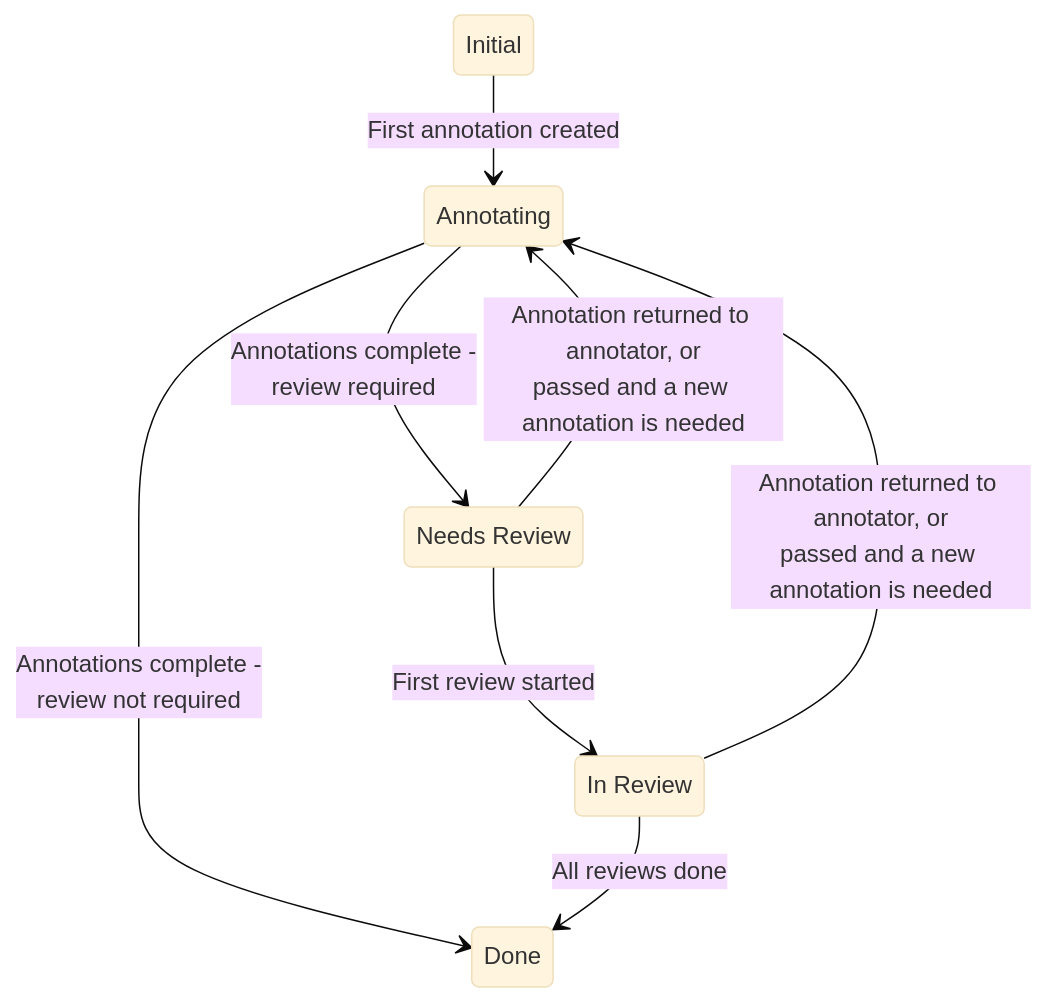
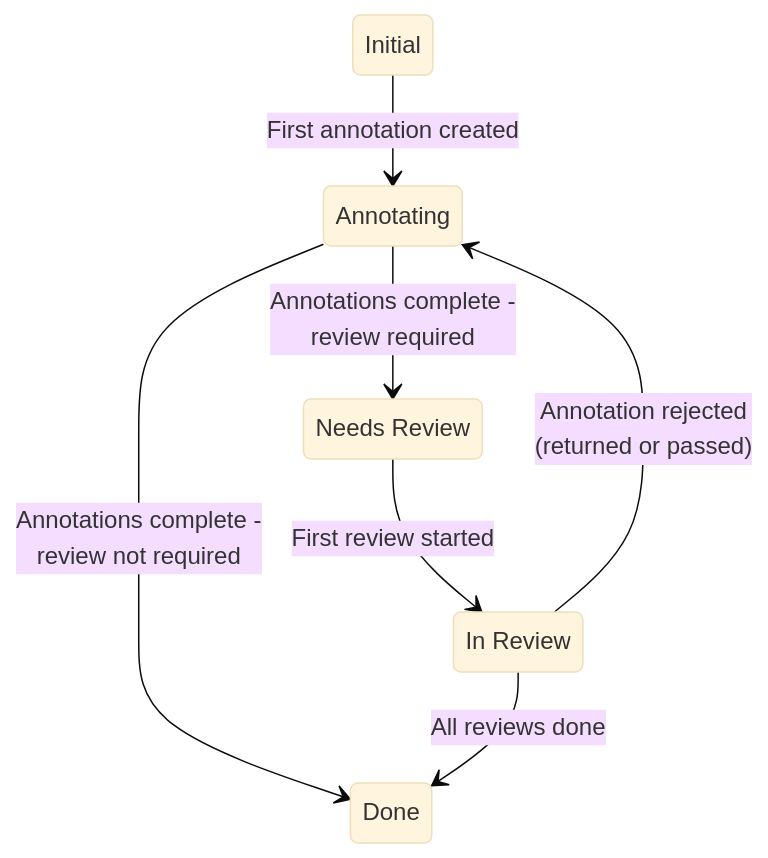
One commit to HumanSignal/label-studio changed the second of 2 diagrams in docs/source/guide/project_states.md. Above: the diagram before and after it, drawn with Mermaid (base theme). The commit also changed other lines of this file and 1 other file, not shown here.

Commit message:
docs: UTC-1178: Simplify state diagram and drop extra notes

````diff
--- a/docs/source/guide/project_states.md
+++ b/docs/source/guide/project_states.md
@@ -69,22 +69,21 @@
 ```mermaid
 stateDiagram-v2
     state "Initial" as CREATED
     state "Annotating" as ANNOTATION_IN_PROGRESS
     state "Needs Review" as NEEDS_REVIEW
     state "In Review" as REVIEW_IN_PROGRESS
     state "Done" as COMPLETED
 
     CREATED --> ANNOTATION_IN_PROGRESS: First annotation created
     ANNOTATION_IN_PROGRESS --> NEEDS_REVIEW: Annotations complete -<br>review required
     ANNOTATION_IN_PROGRESS --> COMPLETED: Annotations complete -<br>review not required
     NEEDS_REVIEW --> REVIEW_IN_PROGRESS: First review started
     REVIEW_IN_PROGRESS --> COMPLETED: All reviews done
-    NEEDS_REVIEW --> ANNOTATION_IN_PROGRESS: Annotation returned to annotator, or<br>passed and a new annotation is needed
-    REVIEW_IN_PROGRESS --> ANNOTATION_IN_PROGRESS: Annotation returned to annotator, or<br>passed and a new annotation is needed
+    REVIEW_IN_PROGRESS --> ANNOTATION_IN_PROGRESS: Annotation rejected<br>(returned or passed)
 
     class CREATED neutral
     class ANNOTATION_IN_PROGRESS grape
     class NEEDS_REVIEW cantaloupe
     class REVIEW_IN_PROGRESS plum
     class COMPLETED kale
 ```
````
